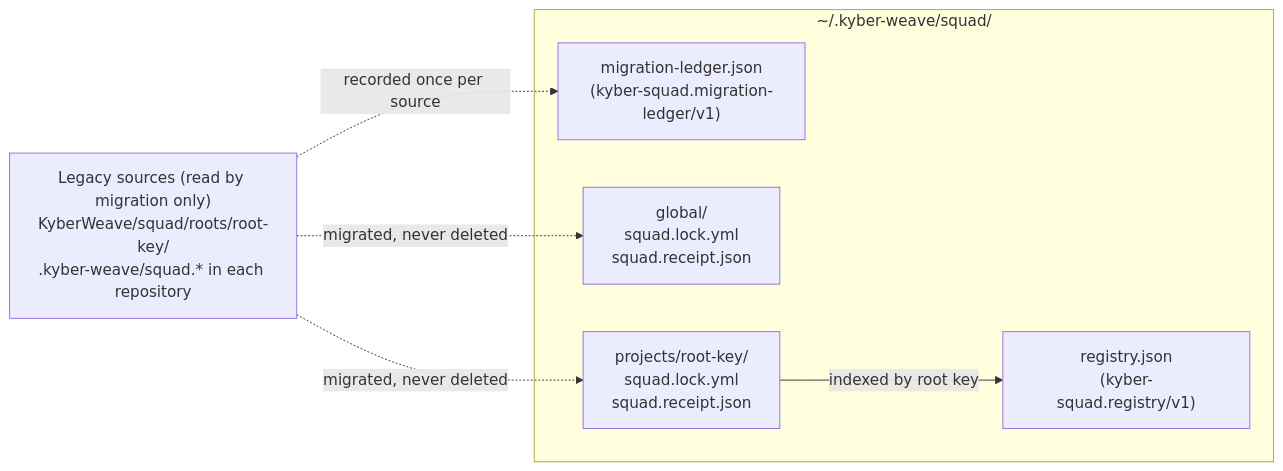
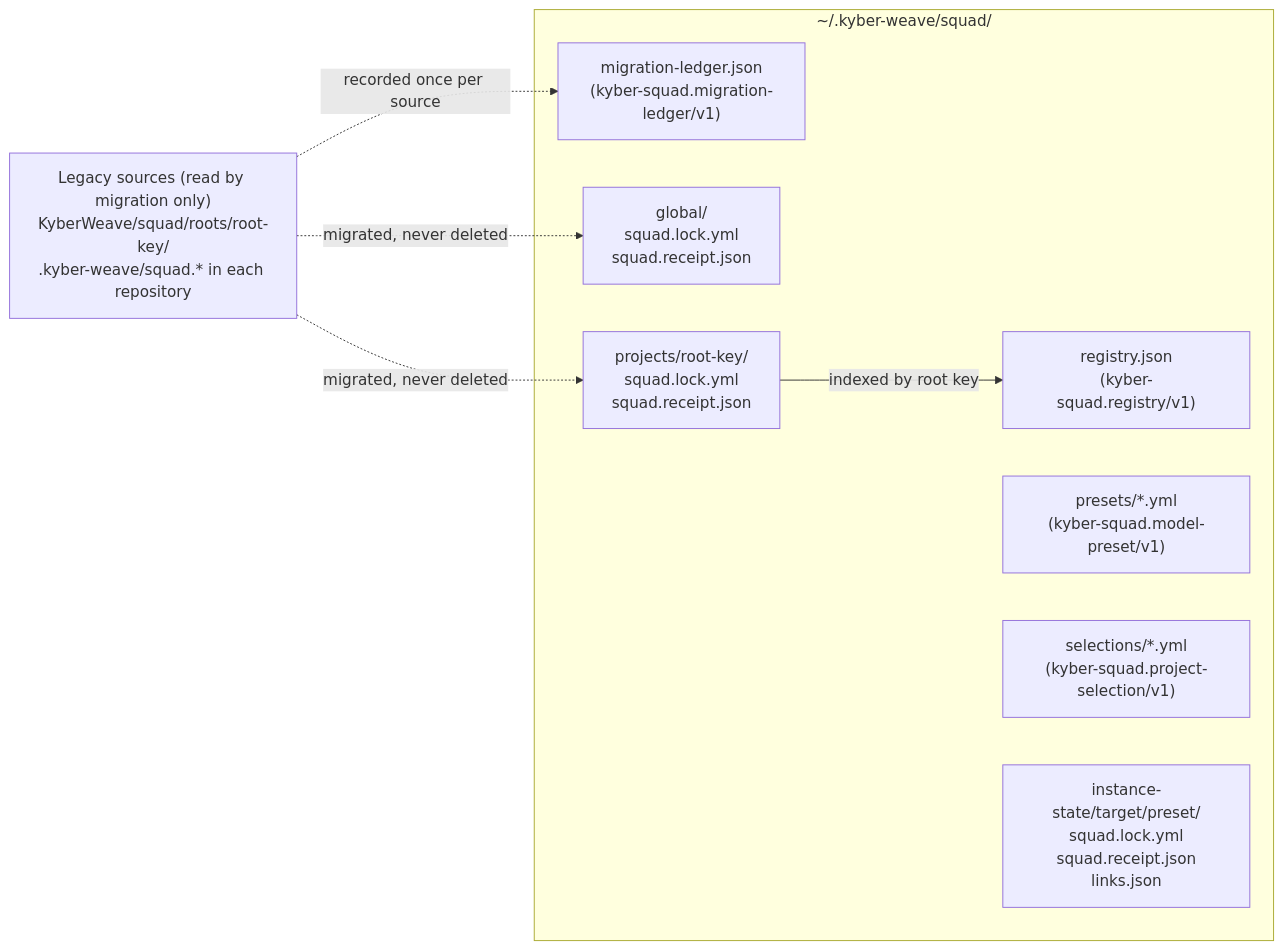
One commit to dpalfery/kyber-weave changed the third of 5 diagrams in docs/kyber-squad/architecture.md. Above: the diagram before and after it, drawn with Mermaid. The commit also changed other lines of this file and 81 other files, not shown here.

First line of the commit message:
docs(squad): spec for model presets and per-preset instances (#431)

````diff
--- a/docs/kyber-squad/architecture.md
+++ b/docs/kyber-squad/architecture.md
@@ -289,14 +267,17 @@
 ```mermaid
 flowchart LR
     subgraph Home["~/.kyber-weave/squad/"]
         Registry["registry.json\n(kyber-squad.registry/v1)"]
         Ledger["migration-ledger.json\n(kyber-squad.migration-ledger/v1)"]
+        Presets["presets/*.yml\n(kyber-squad.model-preset/v1)"]
+        Selections["selections/*.yml\n(kyber-squad.project-selection/v1)"]
         Global["global/\nsquad.lock.yml\nsquad.receipt.json"]
         Projects["projects/root-key/\nsquad.lock.yml\nsquad.receipt.json"]
+        Instances["instance-state/target/preset/\nsquad.lock.yml\nsquad.receipt.json\nlinks.json"]
     end
     Legacy["Legacy sources (read by migration only)\nKyberWeave/squad/roots/root-key/\n.kyber-weave/squad.* in each repository"]
     Legacy -.->|"migrated, never deleted"| Global
     Legacy -.->|"migrated, never deleted"| Projects
     Projects -->|"indexed by root key"| Registry
     Legacy -.->|"recorded once per source"| Ledger
 ```
````
